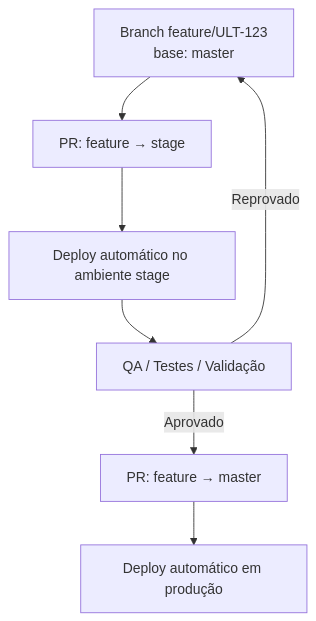
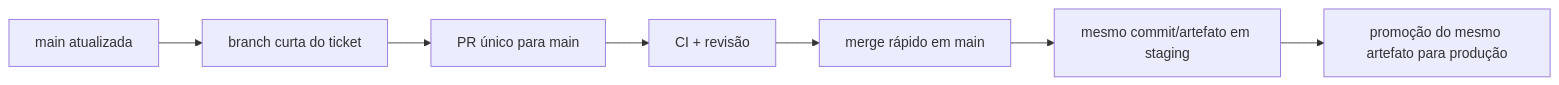
The diagram in profile/ENGINEERING.md (uliving-student/.github), drawn with Mermaid before and after one commit. The commit also changed other lines of this file and 5 other files, not shown here.

````diff
--- a/profile/ENGINEERING.md
+++ b/profile/ENGINEERING.md
@@ -42,9 +19,9 @@
 ```mermaid
-flowchart TB
-  A[Branch feature/ULT-123<br/>base: master] --> B[PR: feature → stage]
-  B --> C[Deploy automático no ambiente stage]
-  C --> D[QA / Testes / Validação]
-  D -->|Aprovado| E[PR: feature → master]
-  E --> F[Deploy automático em produção]
-  D -->|Reprovado| A
+flowchart LR
+  A[main atualizada] --> B[branch curta do ticket]
+  B --> C[PR único para main]
+  C --> D[CI + revisão]
+  D --> E[merge rápido em main]
+  E --> F[mesmo commit/artefato em staging]
+  F --> G[promoção do mesmo artefato para produção]
 ```
````
